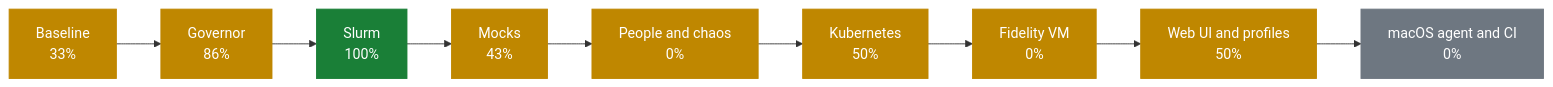
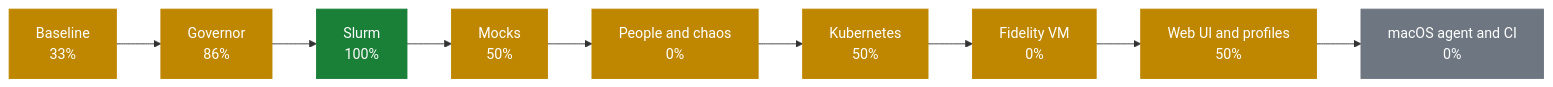
The first of 2 diagrams in docs/PROGRESS.md (AhmedYousriSobhi/workbench), drawn with Mermaid before and after one commit. The commit also changed other lines of this file and 15 other files, not shown here.

````diff
--- a/docs/PROGRESS.md
+++ b/docs/PROGRESS.md
@@ -10,17 +10,17 @@
 ```mermaid
 flowchart LR
     p0["Baseline<br/>33%"]:::partial
     p1["Governor<br/>86%"]:::partial
     p2["Slurm<br/>100%"]:::done
-    p3["Mocks<br/>43%"]:::partial
+    p3["Mocks<br/>50%"]:::partial
     p4["People and chaos<br/>0%"]:::partial
     p5["Kubernetes<br/>50%"]:::partial
     p6["Fidelity VM<br/>0%"]:::partial
     p7["Web UI and profiles<br/>50%"]:::partial
     p8["macOS agent and CI<br/>0%"]:::todo
     p0 --> p1 --> p2 --> p3 --> p4 --> p5 --> p6 --> p7 --> p8
     classDef done fill:#1a7f37,stroke:#1a7f37,color:#fff
     classDef review fill:#0969da,stroke:#0969da,color:#fff
     classDef partial fill:#bf8700,stroke:#bf8700,color:#fff
     classDef todo fill:#6e7781,stroke:#6e7781,color:#fff
 ```
````
